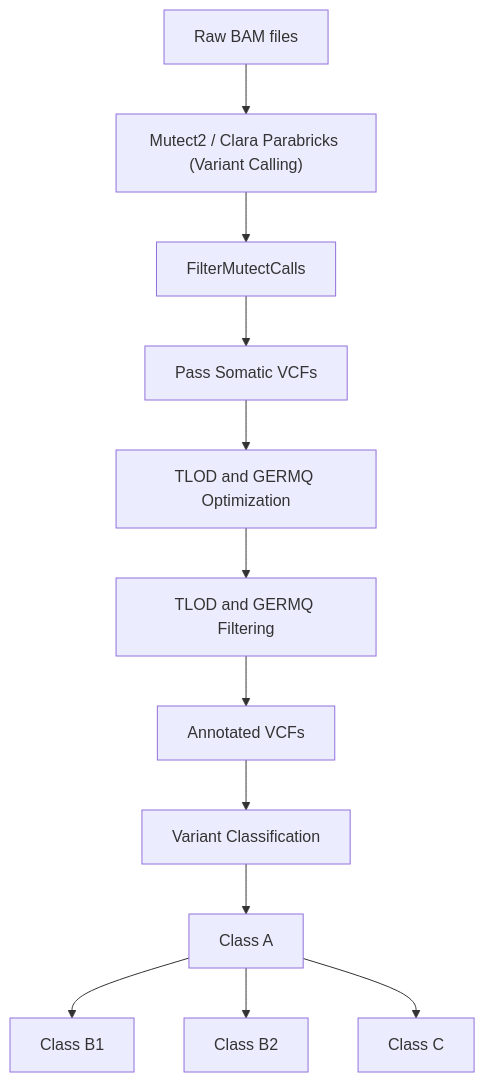
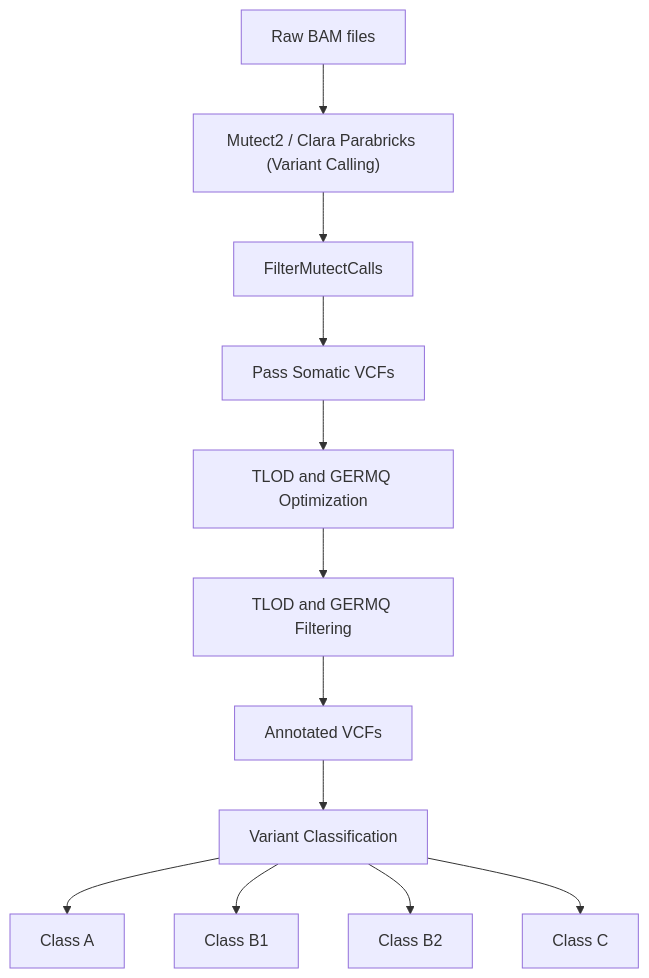
One commit to cmuteam-medcmu/cfDNA-size-selection_somatic_variant_analysis changed the diagram in Readme/README.md. Above: the diagram before and after it, drawn with Mermaid.

Commit message:
Fix links in classification tree in README
Updated links in the classification tree for clarity.

````diff
--- a/Readme/README.md
+++ b/Readme/README.md
@@ -14,17 +14,17 @@
 ```mermaid
 graph TD
     %% Pipeline Flow
     A[Raw BAM files] --> B["Mutect2 / Clara Parabricks (Variant Calling)"]
     B --> C[FilterMutectCalls]
     C --> D[Pass Somatic VCFs]
     D --> E[TLOD and GERMQ Optimization]
     E --> F[TLOD and GERMQ Filtering]
     F --> G[Annotated VCFs]
     G --> H[Variant Classification]
 
     %% Link to the Classification Tree
     H --> ClassA[Class A]
-    ClassA --> B1[Class B1]
-    ClassA --> B2[Class B2]
-    ClassA --> C1[Class C]
+    H --> ClassB1[Class B1]
+    H --> ClassB2[Class B2]
+    H --> ClassC1[Class C]
 ```
````
